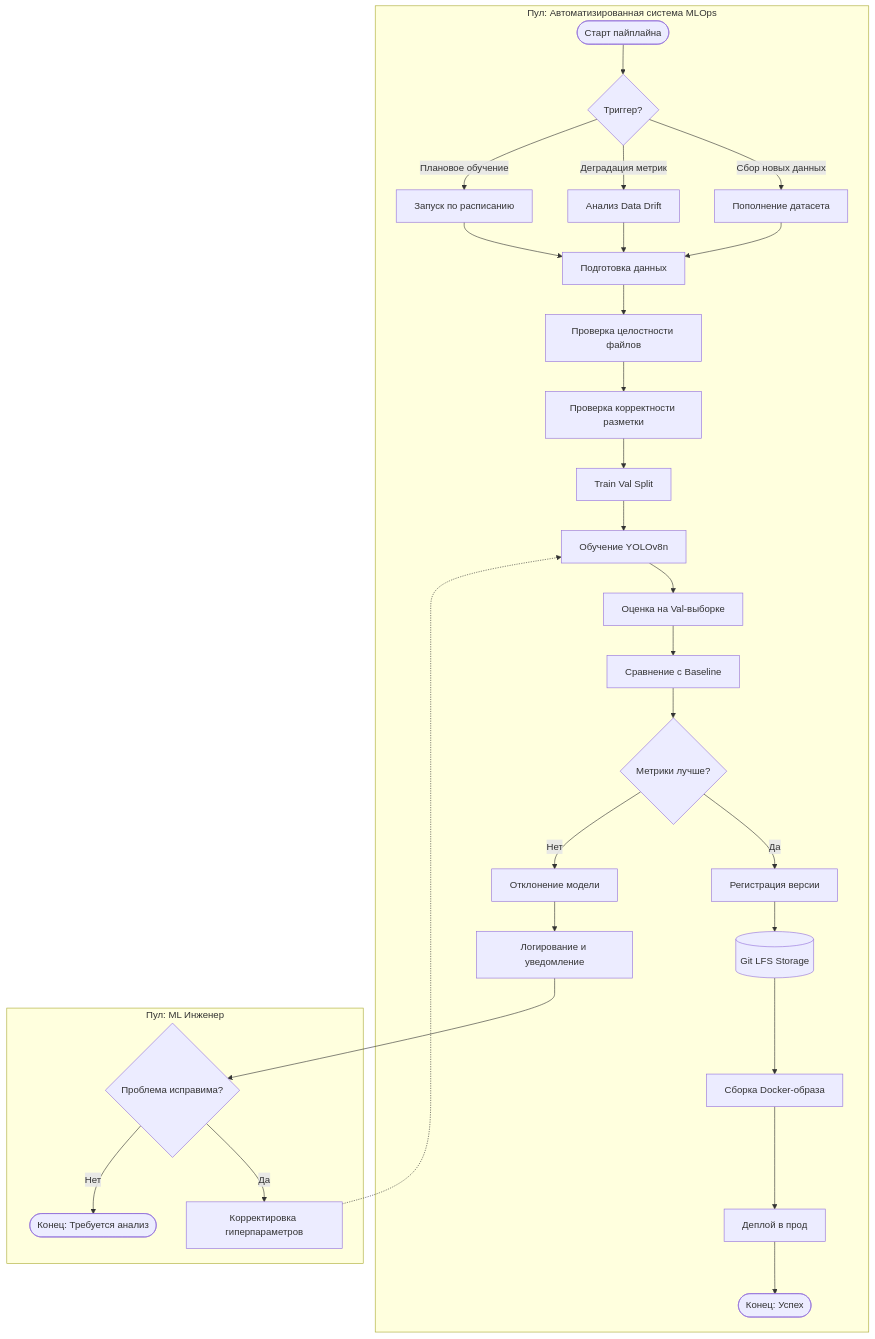
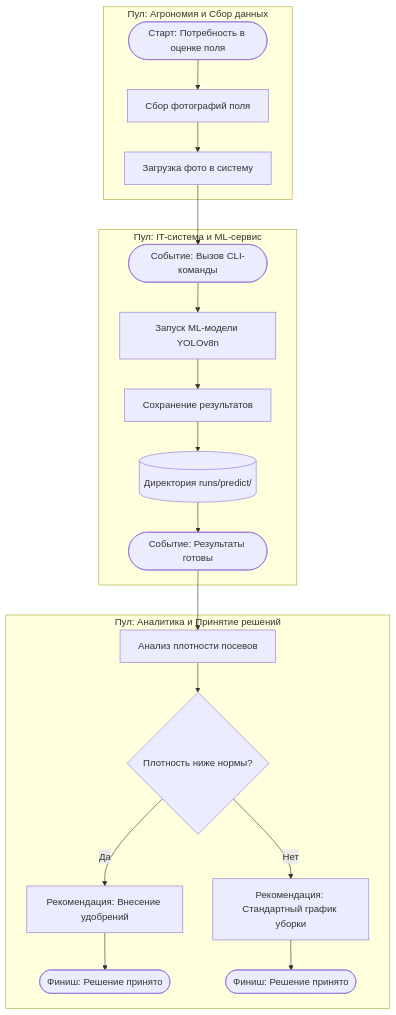
The diagram in docs/model_bpmn.md (aunwaveringkh-art/Wheat_detection), drawn with Mermaid before and after one commit.

````diff
--- a/docs/model_bpmn.md
+++ b/docs/model_bpmn.md
@@ -5,44 +5,32 @@
 ```mermaid
 flowchart TD
-    %% ПУЛ 1: Автоматизированная система
-    subgraph Automation [Пул: Автоматизированная система MLOps]
-        Start([Старт пайплайна]) --> Triggers{Триггер?}
-        Triggers -->|Сбор новых данных| T1[Пополнение датасета]
-        Triggers -->|Деградация метрик| T2[Анализ Data Drift]
-        Triggers -->|Плановое обучение| T3[Запуск по расписанию]
-        
-        T1 --> DataPrep
-        T2 --> DataPrep
-        T3 --> DataPrep
-        
-        DataPrep[Подготовка данных] --> ValidateFormat[Проверка целостности файлов]
-        ValidateFormat --> ValidateLabels[Проверка корректности разметки]
-        ValidateLabels --> SplitData[Train Val Split]
-        
-        SplitData --> TrainModel[Обучение YOLOv8n]
-        TrainModel --> EvalModel[Оценка на Val-выборке]
-        EvalModel --> CompareMetrics[Сравнение с Baseline]
-        
-        CompareMetrics --> Gateway{Метрики лучше?}
-        
-        %% Ветка успеха
-        Gateway -->|Да| Register[Регистрация версии]
-        Register --> LFS[(Git LFS Storage)]
-        LFS --> BuildDocker[Сборка Docker-образа]
-        BuildDocker --> Deploy[Деплой в прод]
-        Deploy --> EndSuccess([Конец: Успех])
-        
-        %% Ветка провала
-        Gateway -->|Нет| Reject[Отклонение модели]
-        Reject --> Log[Логирование и уведомление]
+    %% ПУЛ 1: Агрономия
+    subgraph Field [Пул: Агрономия и Сбор данных]
+        Start([Старт: Потребность в оценке поля]) --> DataCollection[Сбор фотографий поля]
+        DataCollection --> Upload[Загрузка фото в систему]
     end
 
-    %% ПУЛ 2: Человек
-    subgraph Human [Пул: ML Инженер]
-        Log --> Decision{Проблема исправима?}
-        Decision -->|Да| Retry[Корректировка гиперпараметров]
-        Decision -->|Нет| EndFail([Конец: Требуется анализ])
+    %% ПУЛ 2: IT и ML
+    subgraph IT_System [Пул: IT-система и ML-сервис]
+        Upload --> CLI_Event([Событие: Вызов CLI-команды])
+        CLI_Event --> Model_Execution[Запуск ML-модели YOLOv8n]
+        Model_Execution --> Results_Save[Сохранение результатов]
+        
+        %% Цилиндр для обозначения хранилища
+        Results_Save --> DB[(Директория runs/predict/)]
+        
+        DB --> Analysis_Event([Событие: Результаты готовы])
     end
-    
-    Retry -.-> TrainModel
+
+    %% ПУЛ 3: Аналитика
+    subgraph Decision_Making [Пул: Аналитика и Принятие решений]
+        Analysis_Event --> Review[Анализ плотности посевов]
+        Review --> Gateway{Плотность ниже нормы?}
+        
+        Gateway -->|Да| Action1[Рекомендация: Внесение удобрений]
+        Gateway -->|Нет| Action2[Рекомендация: Стандартный график уборки]
+        
+        Action1 --> End1([Финиш: Решение принято])
+        Action2 --> End2([Финиш: Решение принято])
+    end
 ```
````
